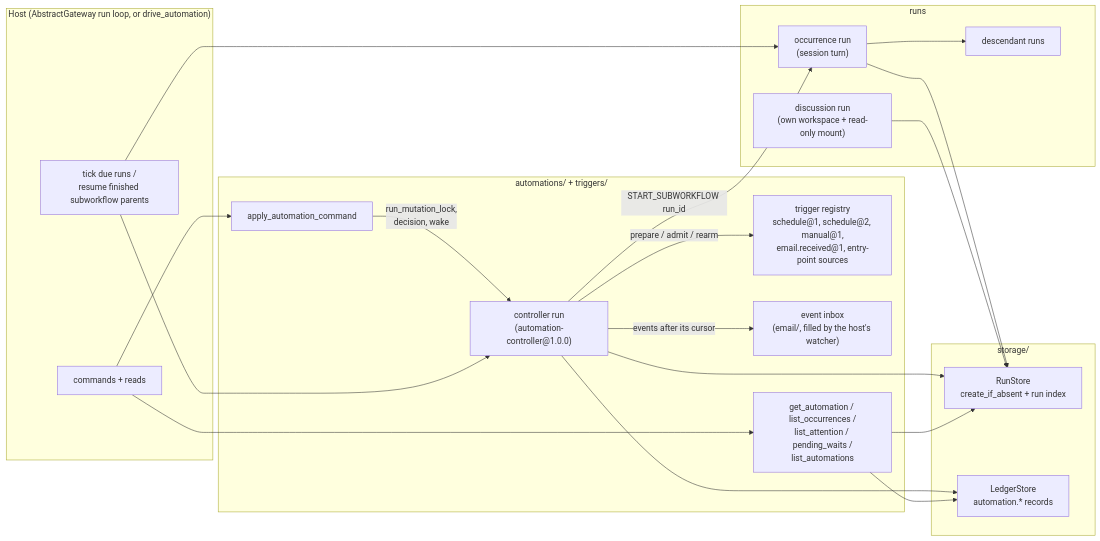
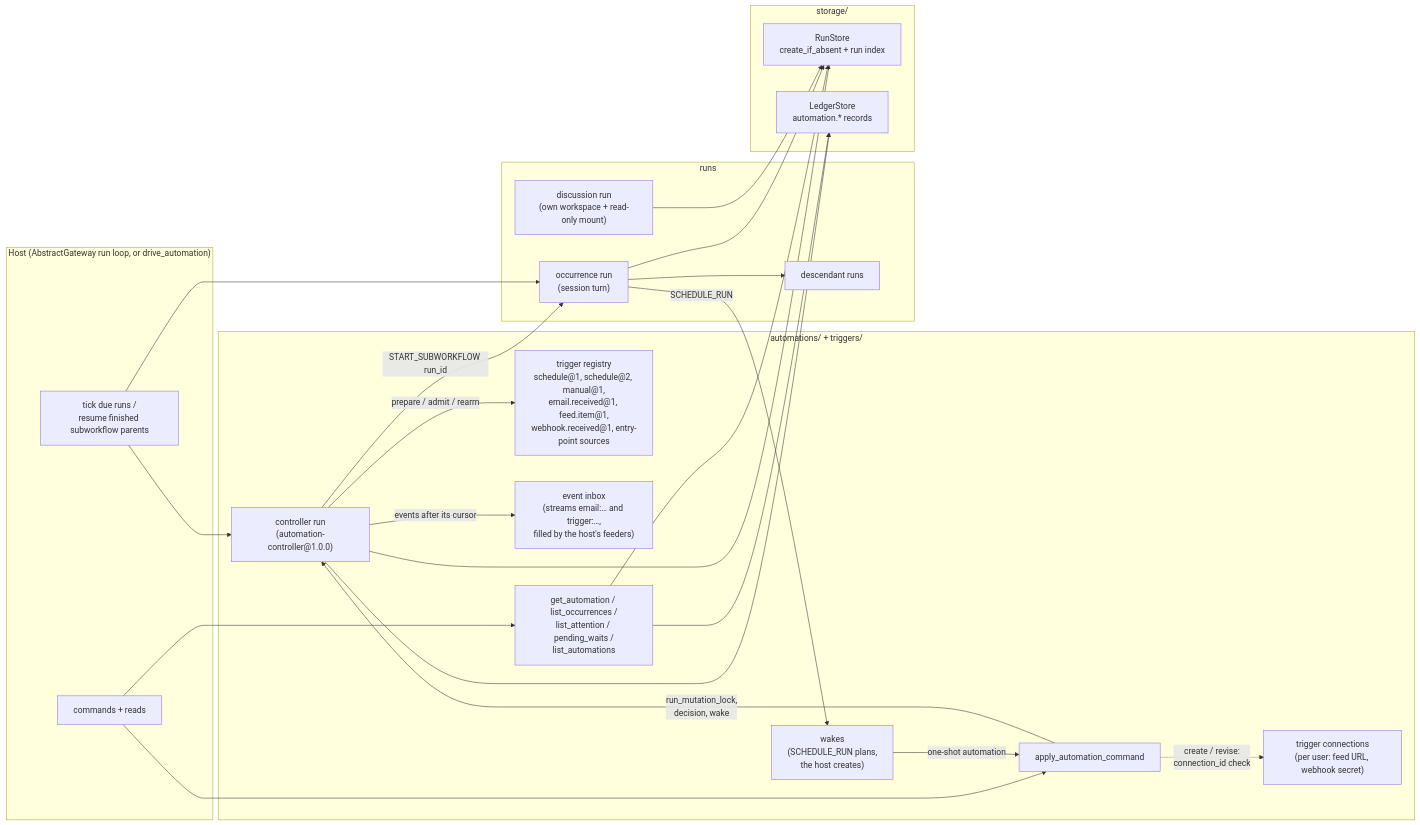
The seventh of 8 diagrams in docs/architecture.md (lpalbou/AbstractRuntime), drawn with Mermaid before and after one commit. The commit also changed other lines of this file and 10 other files, not shown here.

First line of the commit message:
Release 0.11.0 docs and version (not published): triggers, connections, CloudEvents, origin, wakes

````diff
--- a/docs/architecture.md
+++ b/docs/architecture.md
@@ -326,39 +329,44 @@
 ```mermaid
 flowchart LR
   subgraph Host["Host (AbstractGateway run loop, or drive_automation)"]
     Loop["tick due runs /<br/>resume finished subworkflow parents"]
     API["commands + reads"]
   end
   subgraph Automations["automations/ + triggers/"]
     Commands["apply_automation_command"]
     Controller["controller run<br/>(automation-controller@1.0.0)"]
-    Triggers["trigger registry<br/>schedule@1, schedule@2, manual@1,<br/>email.received@1, entry-point sources"]
-    Inbox["event inbox<br/>(email/, filled by the host's watcher)"]
+    Triggers["trigger registry<br/>schedule@1, schedule@2, manual@1,<br/>email.received@1, feed.item@1,<br/>webhook.received@1, entry-point sources"]
+    Conns["trigger connections<br/>(per user: feed URL, webhook secret)"]
+    Inbox["event inbox<br/>(streams email:… and trigger:…,<br/>filled by the host's feeders)"]
+    Wakes["wakes<br/>(SCHEDULE_RUN plans,<br/>the host creates)"]
     Queries["get_automation / list_occurrences /<br/>list_attention / pending_waits /<br/>list_automations"]
   end
   subgraph Runs["runs"]
     Occ["occurrence run<br/>(session turn)"]
     Desc["descendant runs"]
     Disc["discussion run<br/>(own workspace + read-only mount)"]
   end
   subgraph Stores["storage/"]
     RS["RunStore<br/>create_if_absent + run index"]
     LS["LedgerStore<br/>automation.* records"]
   end
 
   API --> Commands
   API --> Queries
   Commands -->|"run_mutation_lock,<br/>decision, wake"| Controller
   Loop --> Controller
   Loop --> Occ
   Controller -->|"prepare / admit / rearm"| Triggers
   Controller -->|"events after its cursor"| Inbox
+  Commands -.->|"create / revise:<br/>connection_id check"| Conns
+  Occ -->|"SCHEDULE_RUN"| Wakes
+  Wakes -->|"one-shot automation"| Commands
   Controller -->|"START_SUBWORKFLOW run_id"| Occ
   Occ --> Desc
   Controller --> RS
   Controller --> LS
   Occ --> RS
   Disc --> RS
   Queries --> RS
   Queries --> LS
 ```
````
